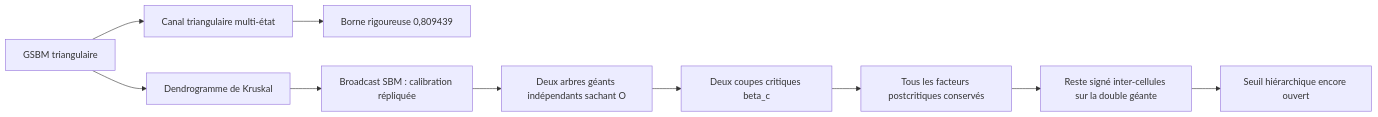
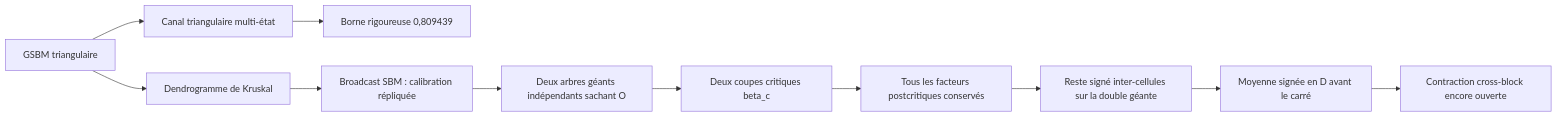
Before and after one commit to Ludwig-H/Presentation-MathNet-2026-06-15: the diagram in research/hierarchical-swendsen-wang/README.md, drawn with Mermaid. The commit also changed other lines of this file and 53 other files, not shown here.

````diff
--- a/research/hierarchical-swendsen-wang/README.md
+++ b/research/hierarchical-swendsen-wang/README.md
@@ -83,12 +86,13 @@
 ```mermaid
 flowchart LR
     M["GSBM triangulaire"] --> C["Canal triangulaire multi-état"]
     C --> R["Borne rigoureuse 0,809439"]
     M --> D["Dendrogramme de Kruskal"]
     D --> S["Broadcast SBM : calibration répliquée"]
     S --> G["Deux arbres géants indépendants sachant O"]
     G --> B["Deux coupes critiques beta_c"]
     B --> P["Tous les facteurs postcritiques conservés"]
     P --> E["Reste signé inter-cellules sur la double géante"]
-    E --> O["Seuil hiérarchique encore ouvert"]
+    E --> A["Moyenne signée en D avant le carré"]
+    A --> O["Contraction cross-block encore ouverte"]
 ```
````
